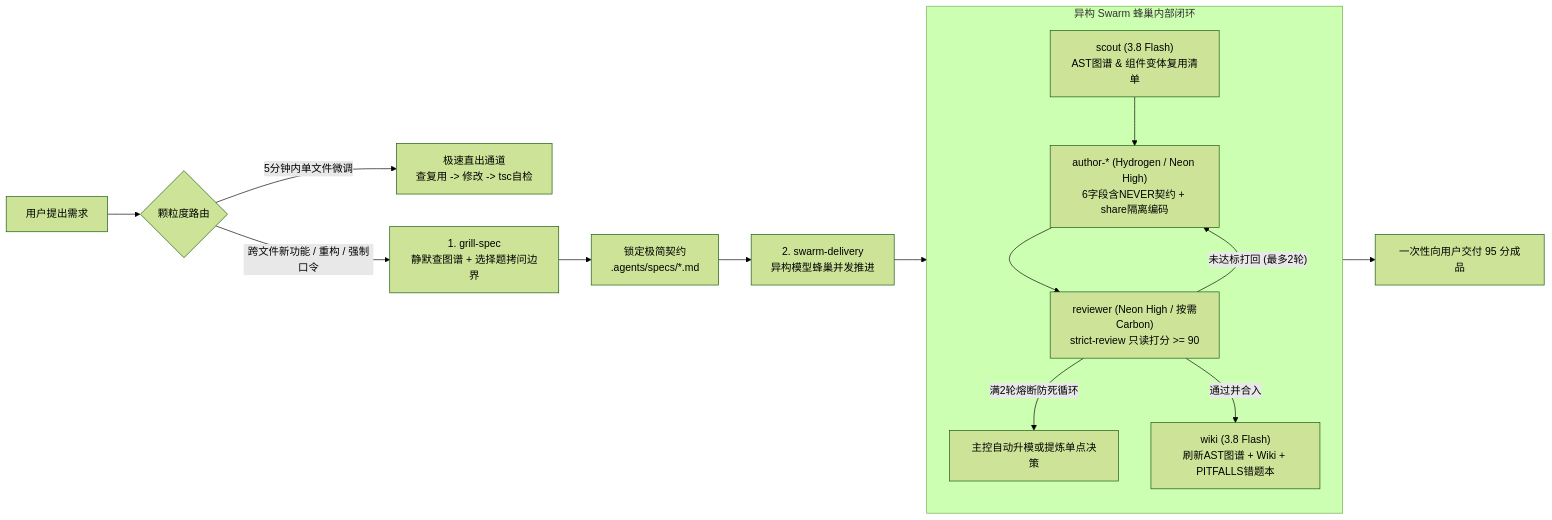
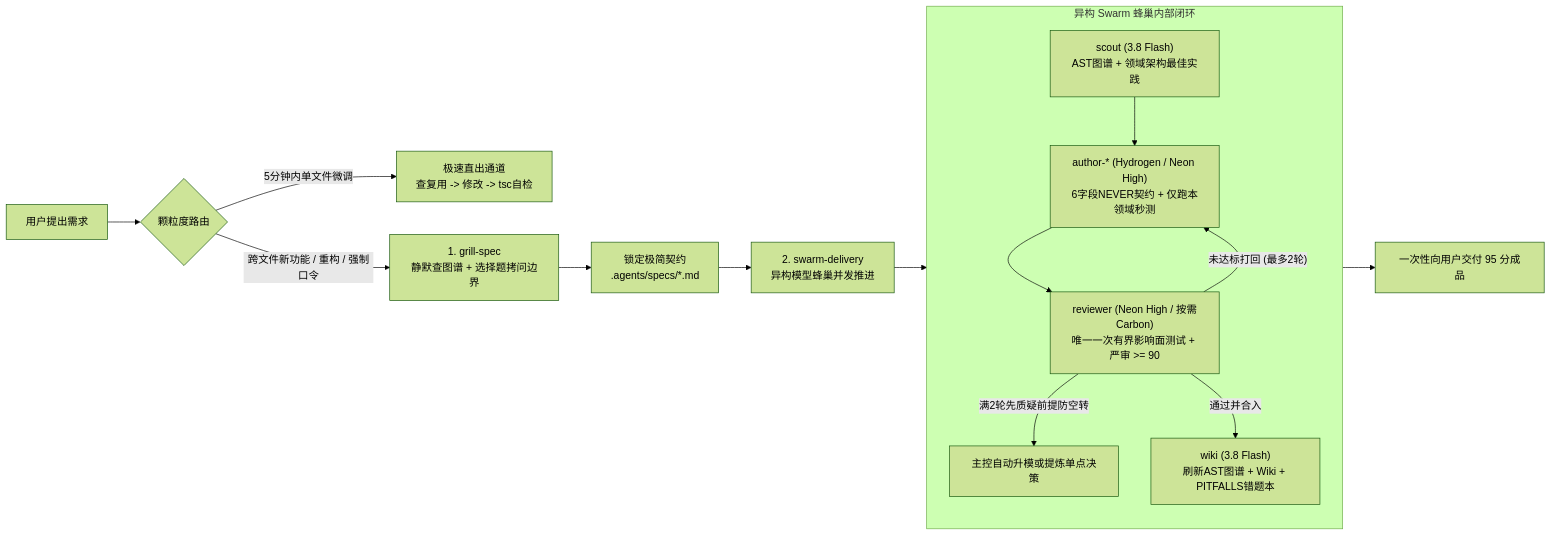
Before and after one commit to MICAHFANG/agy-swarm-forge: the diagram in README.zh-CN.md, drawn with Mermaid (forest theme). The commit also changed other lines of this file and 14 other files, not shown here.

````diff
--- a/README.zh-CN.md
+++ b/README.zh-CN.md
@@ -27,17 +27,17 @@
 ```mermaid
 flowchart LR
   A["用户提出需求"] --> B{"颗粒度路由"}
   B -->|"5分钟内单文件微调"| C["极速直出通道\n查复用 -> 修改 -> tsc自检"]
   B -->|"跨文件新功能 / 重构 / 强制口令"| D["1. grill-spec\n静默查图谱 + 选择题拷问边界"]
   D --> E["锁定极简契约\n.agents/specs/*.md"]
   E --> F["2. swarm-delivery\n异构模型蜂巢并发推进"]
   subgraph Swarm["异构 Swarm 蜂巢内部闭环"]
-    S1["scout (3.8 Flash)\nAST图谱 & 组件变体复用清单"] --> S2["author-* (Hydrogen / Neon High)\n6字段含NEVER契约 + share隔离编码"]
-    S2 --> S3["reviewer (Neon High / 按需Carbon)\nstrict-review 只读打分 >= 90"]
+    S1["scout (3.8 Flash)\nAST图谱 + 领域架构最佳实践"] --> S2["author-* (Hydrogen / Neon High)\n6字段NEVER契约 + 仅跑本领域秒测"]
+    S2 --> S3["reviewer (Neon High / 按需Carbon)\n唯一一次有界影响面测试 + 严审 >= 90"]
     S3 -->|"未达标打回 (最多2轮)"| S2
-    S3 -->|"满2轮熔断防死循环"| H["主控自动升模或提炼单点决策"]
+    S3 -->|"满2轮先质疑前提防空转"| H["主控自动升模或提炼单点决策"]
     S3 -->|"通过并合入"| S4["wiki (3.8 Flash)\n刷新AST图谱 + Wiki + PITFALLS错题本"]
   end
   F --> Swarm
   Swarm --> G["一次性向用户交付 95 分成品"]
 ```
````
